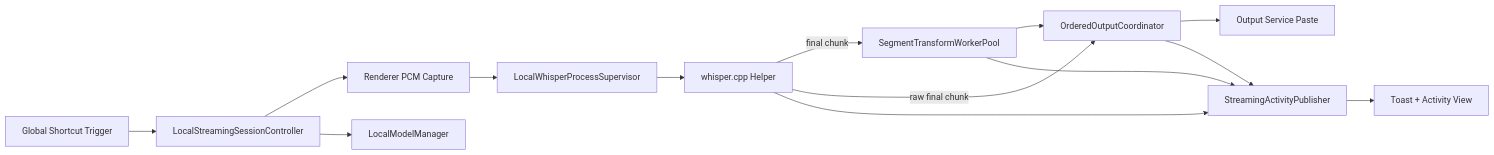
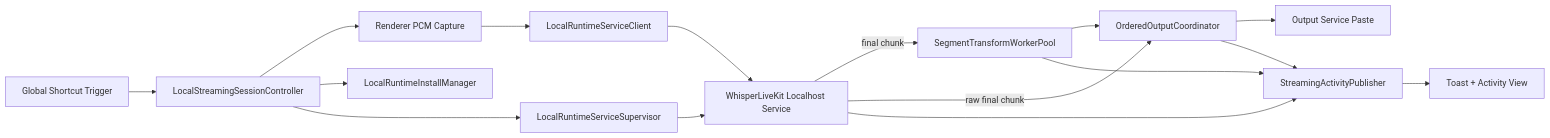
The seventh of 8 diagrams in specs/spec.md (massun-onibakuchi/speech-to-text-app), drawn with Mermaid before and after one commit. The commit also changed other lines of this file and 5 other files, not shown here.

Commit message:
docs: switch local streaming architecture to whisperlivekit

````diff
--- a/specs/spec.md
+++ b/specs/spec.md
@@ -958,16 +963,18 @@
 ```mermaid
 flowchart LR
   U[Global Shortcut Trigger] --> S[LocalStreamingSessionController]
   S --> CAP[Renderer PCM Capture]
-  CAP --> SUP[LocalWhisperProcessSupervisor]
-  S --> MM[LocalModelManager]
-  SUP --> H[whisper.cpp Helper]
+  CAP --> C[LocalRuntimeServiceClient]
+  S --> IM[LocalRuntimeInstallManager]
+  S --> SUP[LocalRuntimeServiceSupervisor]
+  SUP --> H[WhisperLiveKit Localhost Service]
+  C --> H
   H -->|final chunk| W[SegmentTransformWorkerPool]
   H -->|raw final chunk| ORD[OrderedOutputCoordinator]
   W --> ORD
   ORD --> OUT[Output Service Paste]
   H --> PUB[StreamingActivityPublisher]
   W --> PUB
   ORD --> PUB
   PUB --> UI[Toast + Activity View]
 ```
````
